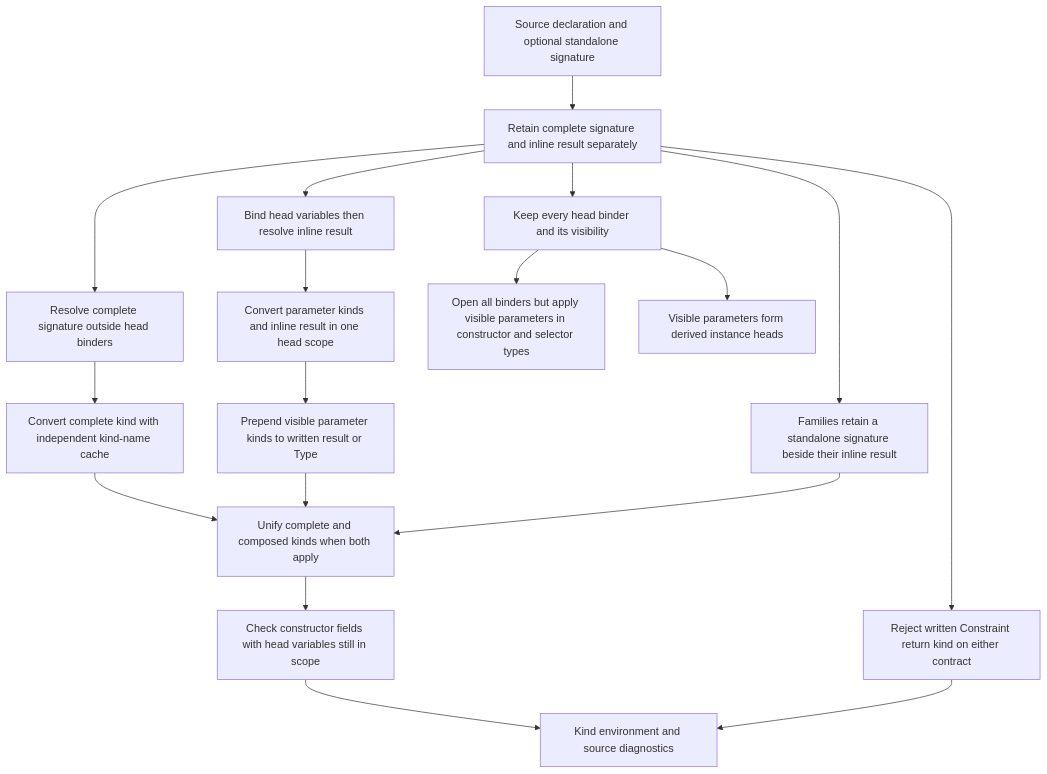
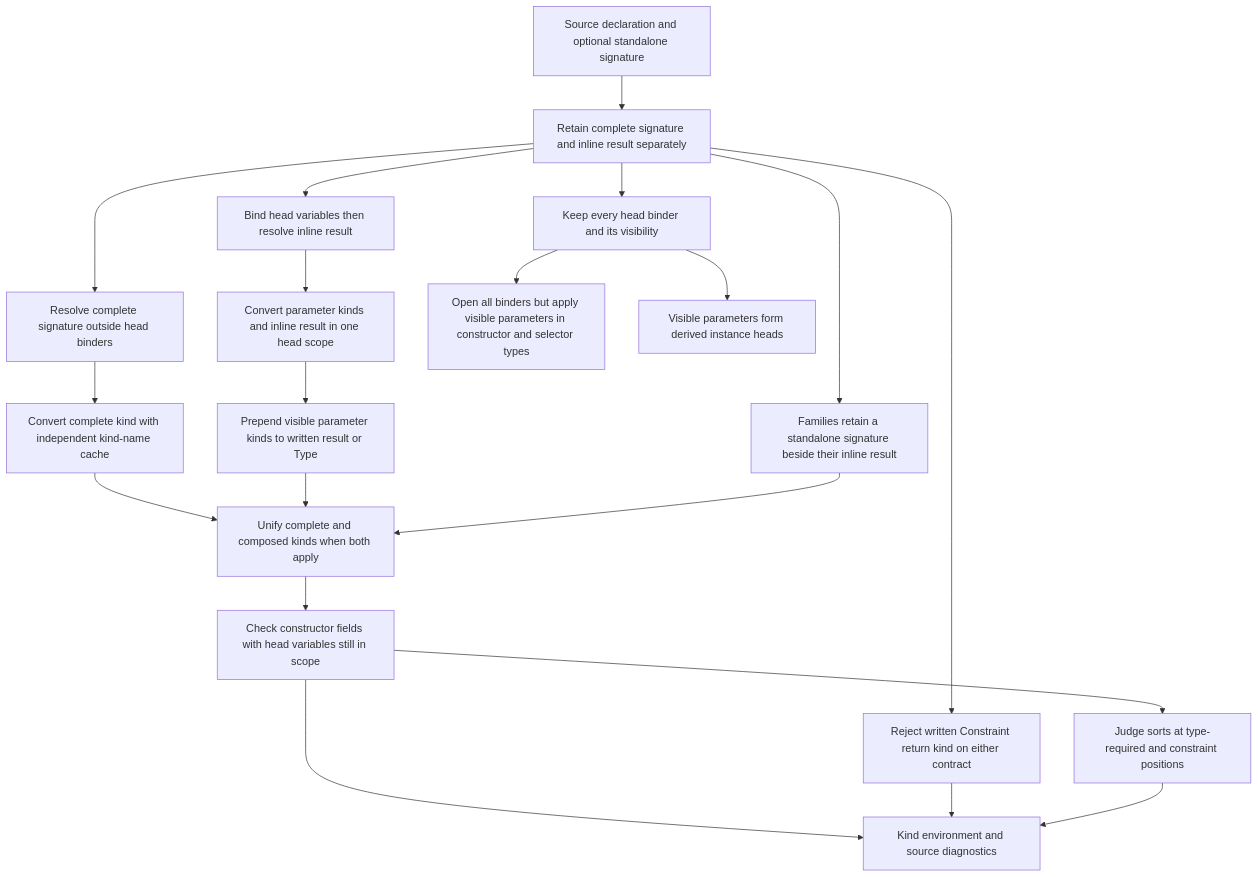
One commit to loveJesus/haskelujah-chirho changed the diagram in spec-chirho/workflows-chirho/language-features-chirho/declaration-kinds-chirho.md. Above: the diagram before and after it, drawn with Mermaid. The commit also changed other lines of this file and 6 other files, not shown here.

First line of the commit message:
feat(kind): judge positively resolved sorts at type and constraint positions (K01 S prototype)

````diff
--- a/spec-chirho/workflows-chirho/language-features-chirho/declaration-kinds-chirho.md
+++ b/spec-chirho/workflows-chirho/language-features-chirho/declaration-kinds-chirho.md
@@ -10,20 +10,22 @@
 ```mermaid
 flowchart TD
   SourceChirho[Source declaration and optional standalone signature] --> LowerChirho[Retain complete signature and inline result separately]
   LowerChirho --> CompleteNamesChirho[Resolve complete signature outside head binders]
   LowerChirho --> HeadNamesChirho[Bind head variables then resolve inline result]
   CompleteNamesChirho --> CompleteKindChirho[Convert complete kind with independent kind-name cache]
   HeadNamesChirho --> HeadKindsChirho[Convert parameter kinds and inline result in one head scope]
   HeadKindsChirho --> ComposeChirho[Prepend visible parameter kinds to written result or Type]
   CompleteKindChirho --> ReconcileChirho[Unify complete and composed kinds when both apply]
   ComposeChirho --> ReconcileChirho
   ReconcileChirho --> FieldsChirho[Check constructor fields with head variables still in scope]
   LowerChirho --> ConstraintChirho[Reject written Constraint return kind on either contract]
   FieldsChirho --> ResultChirho[Kind environment and source diagnostics]
   ConstraintChirho --> ResultChirho
   LowerChirho --> VisibilityChirho[Keep every head binder and its visibility]
   VisibilityChirho --> SchemesChirho[Open all binders but apply visible parameters in constructor and selector types]
   VisibilityChirho --> DerivingChirho[Visible parameters form derived instance heads]
   LowerChirho --> FamilyChirho[Families retain a standalone signature beside their inline result]
   FamilyChirho --> ReconcileChirho
+  FieldsChirho --> SortsChirho[Judge sorts at type-required and constraint positions]
+  SortsChirho --> ResultChirho
 ```
````
